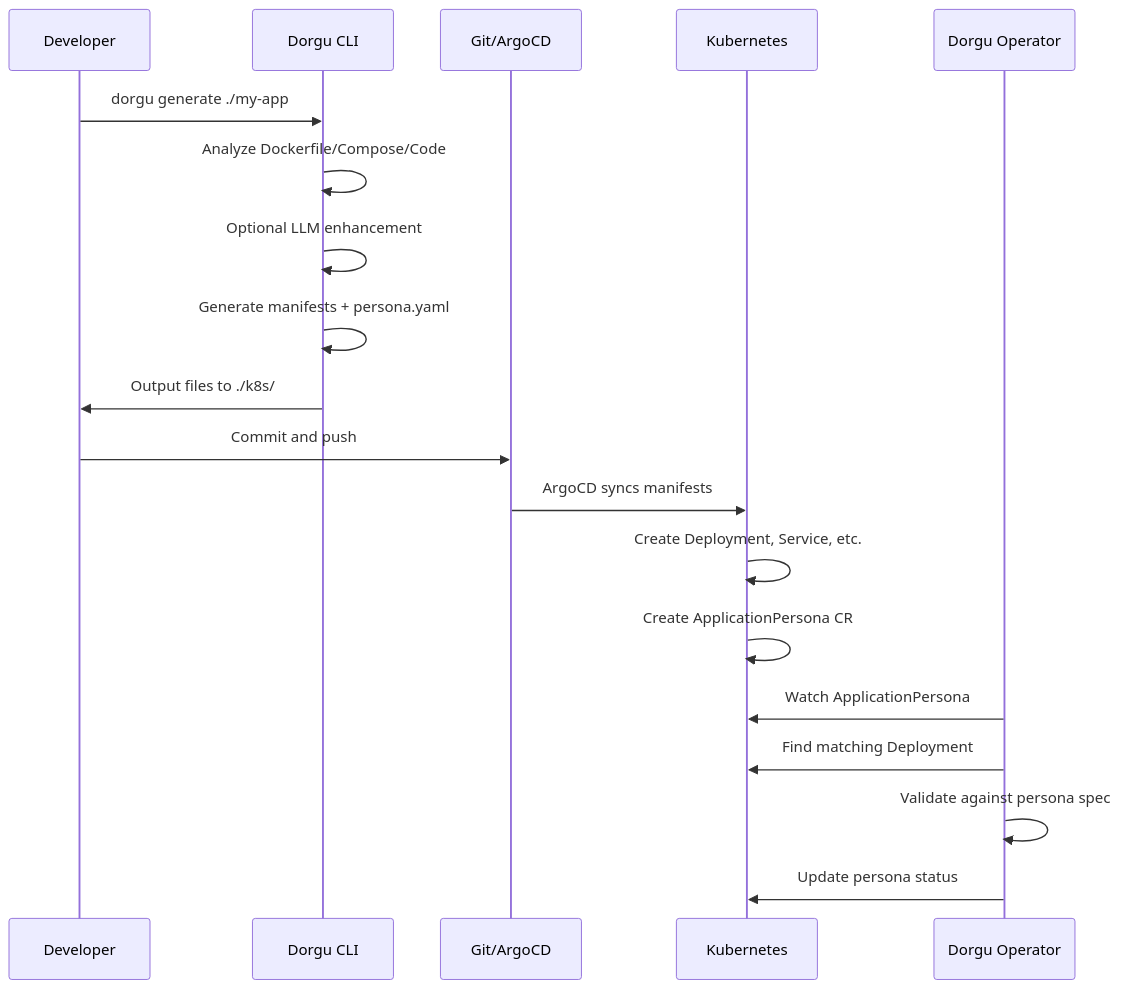
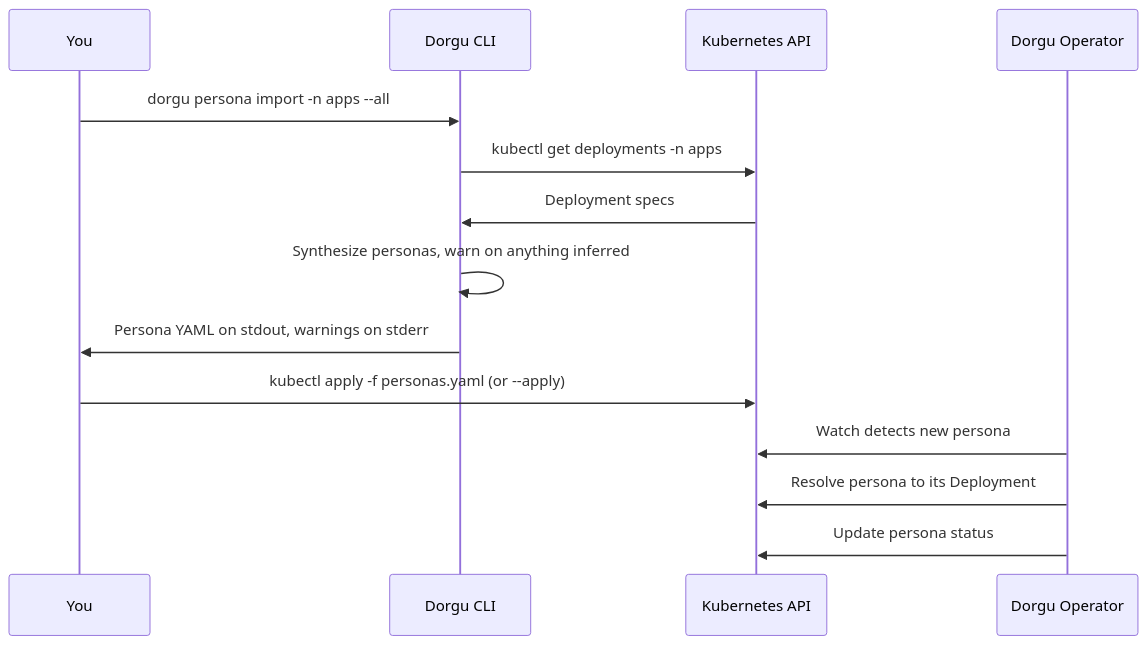
One commit to dorgu-ai/docs changed the first of 8 diagrams in cli/architecture/data-flow.mdx. Above: the diagram before and after it, drawn with Mermaid. The commit also changed other lines of this file and 3 other files, not shown here.

Commit message:
docs: rewrite CLI architecture pages around the heal and approve loop

````diff
--- a/cli/architecture/data-flow.mdx
+++ b/cli/architecture/data-flow.mdx
@@ -12,21 +12,16 @@
 ```mermaid
 sequenceDiagram
-    participant Dev as Developer
+    participant Dev as You
     participant CLI as Dorgu CLI
-    participant Git as Git/ArgoCD
-    participant K8s as Kubernetes
+    participant K8s as Kubernetes API
     participant Op as Dorgu Operator
-    Dev->>CLI: dorgu generate ./my-app
-    CLI->>CLI: Analyze Dockerfile/Compose/Code
-    CLI->>CLI: Optional LLM enhancement
-    CLI->>CLI: Generate manifests + persona.yaml
-    CLI->>Dev: Output files to ./k8s/
-    Dev->>Git: Commit and push
-    Git->>K8s: ArgoCD syncs manifests
-    K8s->>K8s: Create Deployment, Service, etc.
-    K8s->>K8s: Create ApplicationPersona CR
-    Op->>K8s: Watch ApplicationPersona
-    Op->>K8s: Find matching Deployment
-    Op->>Op: Validate against persona spec
+    Dev->>CLI: dorgu persona import -n apps --all
+    CLI->>K8s: kubectl get deployments -n apps
+    K8s->>CLI: Deployment specs
+    CLI->>CLI: Synthesize personas, warn on anything inferred
+    CLI->>Dev: Persona YAML on stdout, warnings on stderr
+    Dev->>K8s: kubectl apply -f personas.yaml (or --apply)
+    Op->>K8s: Watch detects new persona
+    Op->>K8s: Resolve persona to its Deployment
     Op->>K8s: Update persona status
 ```
````
